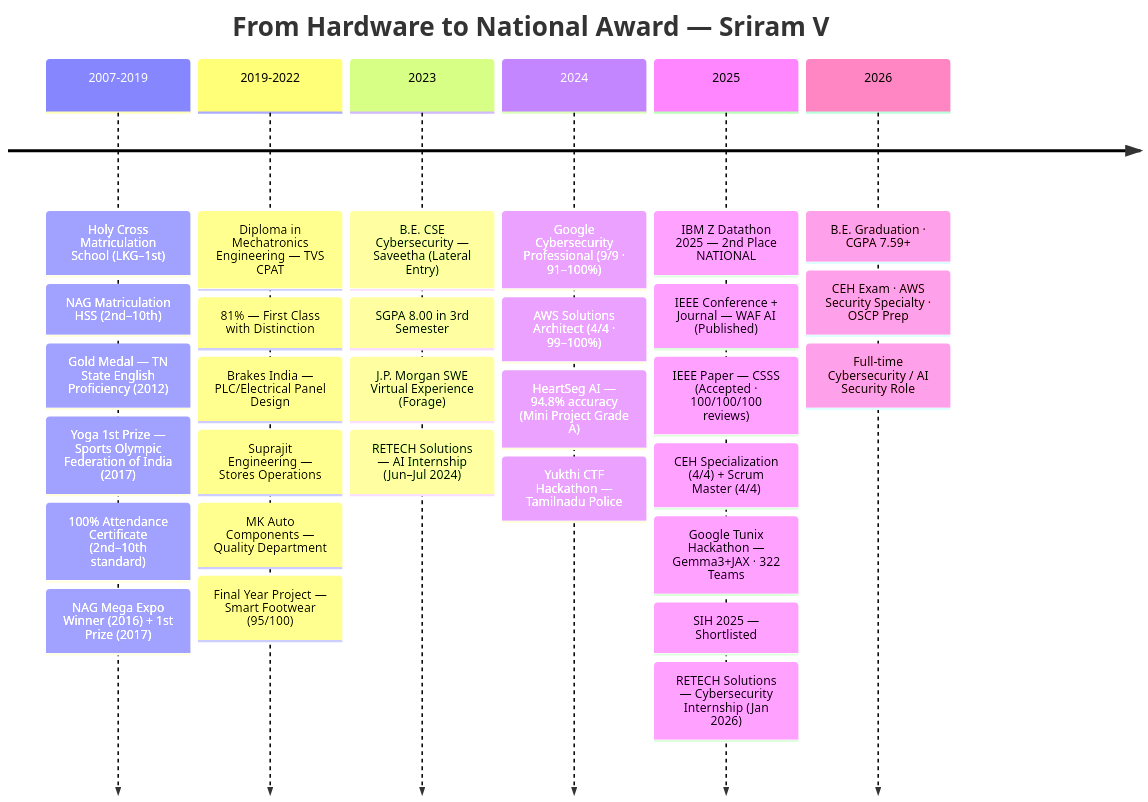
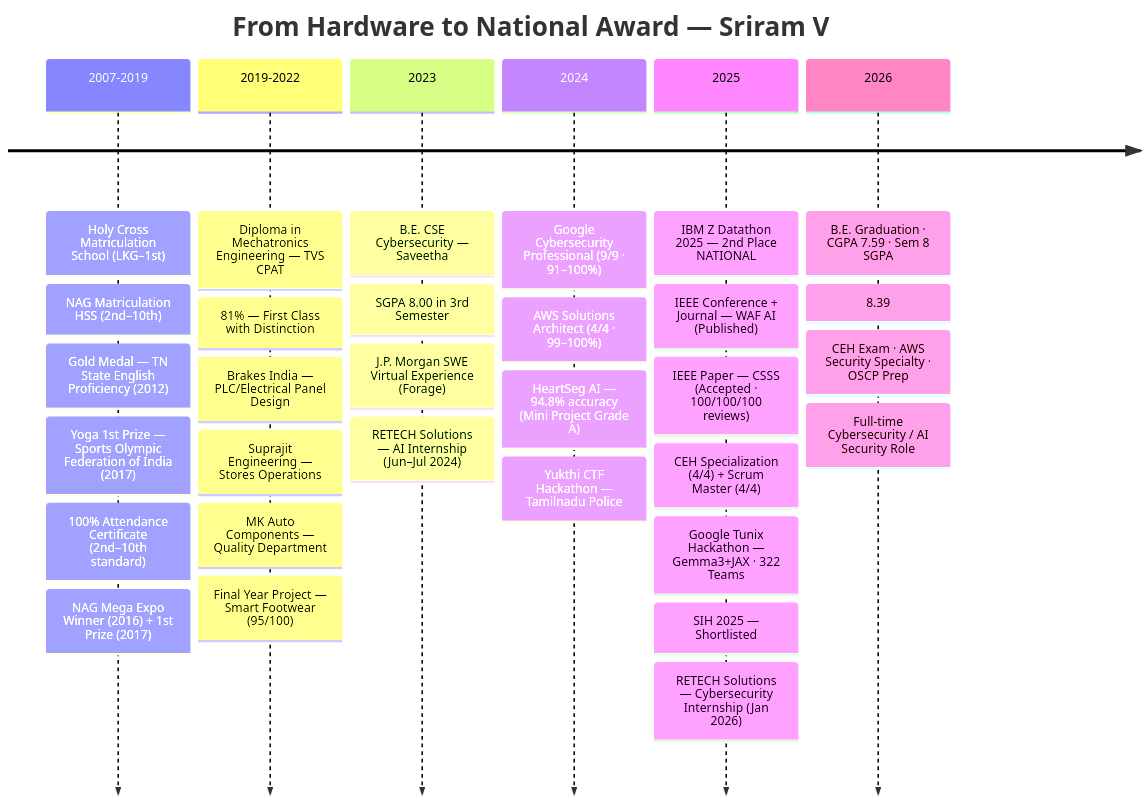
The diagram in README.md (Darkwebnew/portfolio), drawn with Mermaid before and after one commit. The commit also changed other lines of this file, not shown here.

````diff
--- a/README.md
+++ b/README.md
@@ -288,34 +366,34 @@
 ```mermaid
 timeline
     title From Hardware to National Award — Sriram V
     2007-2019 : Holy Cross Matriculation School (LKG–1st)
               : NAG Matriculation HSS (2nd–10th)
               : Gold Medal — TN State English Proficiency (2012)
               : Yoga 1st Prize — Sports Olympic Federation of India (2017)
               : 100% Attendance Certificate (2nd–10th standard)
               : NAG Mega Expo Winner (2016) + 1st Prize (2017)
     2019-2022 : Diploma in Mechatronics Engineering — TVS CPAT
               : 81% — First Class with Distinction
               : Brakes India — PLC/Electrical Panel Design
               : Suprajit Engineering — Stores Operations
               : MK Auto Components — Quality Department
               : Final Year Project — Smart Footwear (95/100)
-    2023      : B.E. CSE Cybersecurity — Saveetha (Lateral Entry)
+    2023      : B.E. CSE Cybersecurity — Saveetha
               : SGPA 8.00 in 3rd Semester
               : J.P. Morgan SWE Virtual Experience (Forage)
               : RETECH Solutions — AI Internship (Jun–Jul 2024)
     2024      : Google Cybersecurity Professional (9/9 · 91–100%)
               : AWS Solutions Architect (4/4 · 99–100%)
               : HeartSeg AI — 94.8% accuracy (Mini Project Grade A)
               : Yukthi CTF Hackathon — Tamilnadu Police
     2025      : IBM Z Datathon 2025 — 2nd Place NATIONAL
               : IEEE Conference + Journal — WAF AI (Published)
               : IEEE Paper — CSSS (Accepted · 100/100/100 reviews)
               : CEH Specialization (4/4) + Scrum Master (4/4)
               : Google Tunix Hackathon — Gemma3+JAX · 322 Teams
               : SIH 2025 — Shortlisted
               : RETECH Solutions — Cybersecurity Internship (Jan 2026)
-    2026      : B.E. Graduation · CGPA 7.59+
+    2026      : B.E. Graduation · CGPA 7.59 · Sem 8 SGPA: 8.39
               : CEH Exam · AWS Security Specialty · OSCP Prep
               : Full-time Cybersecurity / AI Security Role
 ```
````
